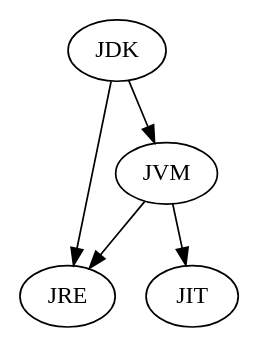
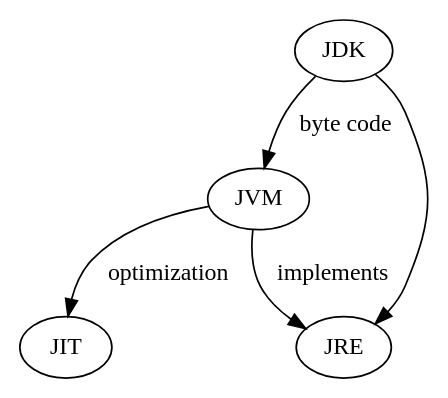
The diagram in module1/src/main/java/net/broscorp/patform/diagram.gv (Broscorp-net/traineeship), drawn with Graphviz before and after one commit. The commit also changed 1 other file, not shown here.

```diff
--- a/module1/src/main/java/net/broscorp/patform/diagram.gv
+++ b/module1/src/main/java/net/broscorp/patform/diagram.gv
@@ -1,6 +1,19 @@
 digraph G {
-  "JDK" -> "JVM"
-  "JDK" -> "JRE"
-  "JVM" -> "JRE"
-  "JVM" -> "JIT"
+    /*
+    JDK contains JRE, JVM implements JVE
+    */
+    "JDK" -> "JVM" [ label = "byte code"]
+    /*contains JRE
+    along with various development tools like Java libraries
+    */
+    "JDK" -> "JRE"
+    /*
+    JVM becomes an instance of JRE
+     at runtime of a Java program
+    */
+    "JVM" -> "JRE" [ label = "implements"]
+    /*
+    makes optimizations of the code for better performance
+    */
+    "JVM" -> "JIT" [ label = "optimization"]
 }
```
